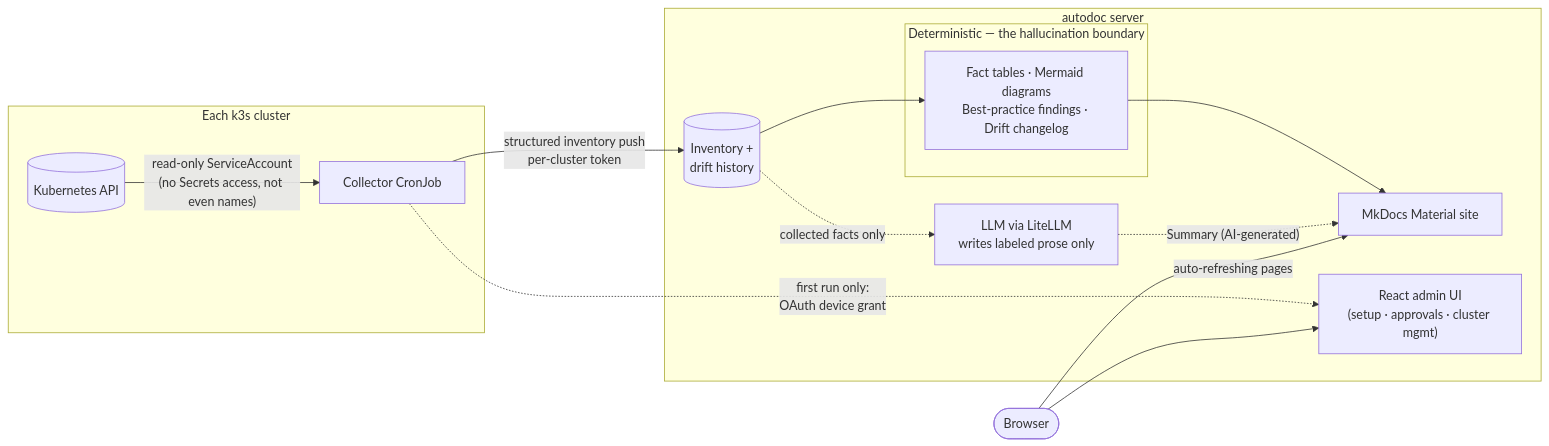
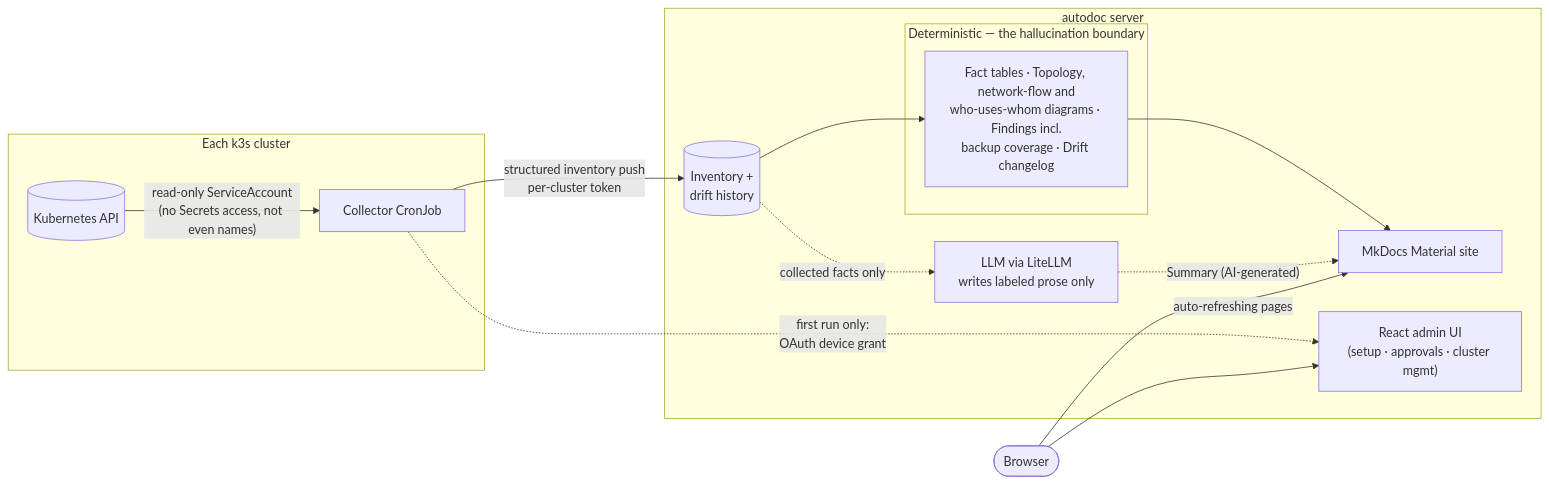
One commit to lukislp/homelab-autodoc changed the diagram in README.md. Above: the diagram before and after it, drawn with Mermaid. The commit also changed other lines of this file and 17 other files, not shown here.

First line of the commit message:
refactor: architecture cleanup - pages modules, structured peers, lifespan

````diff
--- a/README.md
+++ b/README.md
@@ -27,25 +27,25 @@
 ```mermaid
 flowchart LR
     subgraph CLUSTER["Each k3s cluster"]
         API[("Kubernetes API")] -->|"read-only ServiceAccount<br/>(no Secrets access, not even names)"| COL["Collector CronJob"]
     end
 
     subgraph SRV["autodoc server"]
         STORE[("Inventory +<br/>drift history")]
         subgraph DET["Deterministic — the hallucination boundary"]
-            GEN["Fact tables · Mermaid diagrams<br/>Best-practice findings · Drift changelog"]
+            GEN["Fact tables · Topology, network-flow and<br/>who-uses-whom diagrams · Findings incl.<br/>backup coverage · Drift changelog"]
         end
         LLM["LLM via LiteLLM<br/>writes labeled prose only"]
         SITE["MkDocs Material site"]
         ADMIN["React admin UI<br/>(setup · approvals · cluster mgmt)"]
 
         STORE --> GEN --> SITE
         STORE -.->|"collected facts only"| LLM
         LLM -.->|"Summary (AI-generated)"| SITE
     end
 
     COL -->|"structured inventory push<br/>per-cluster token"| STORE
     COL -.->|"first run only:<br/>OAuth device grant"| ADMIN
     USER(["Browser"]) -->|"auto-refreshing pages"| SITE
     USER --> ADMIN
 ```
````
